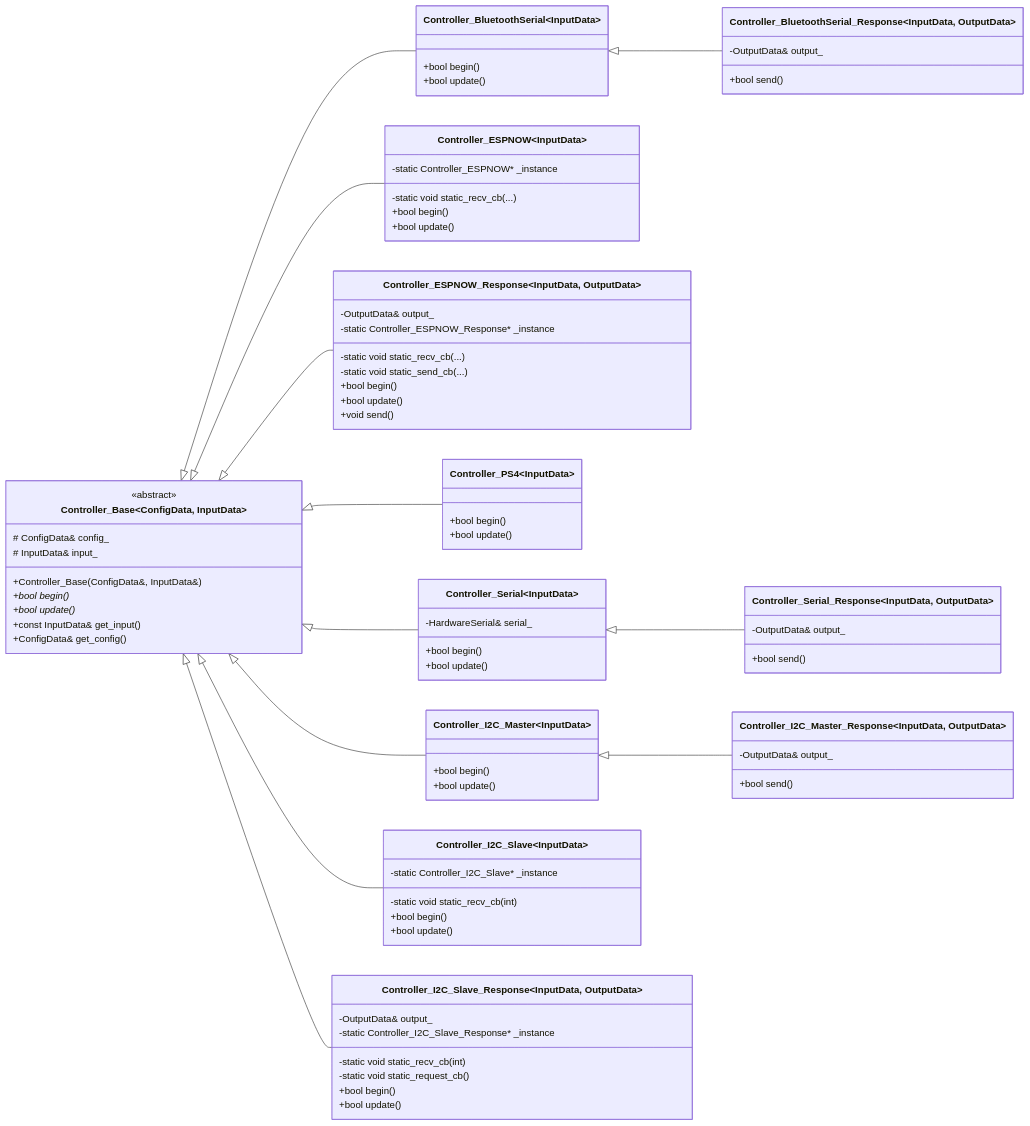
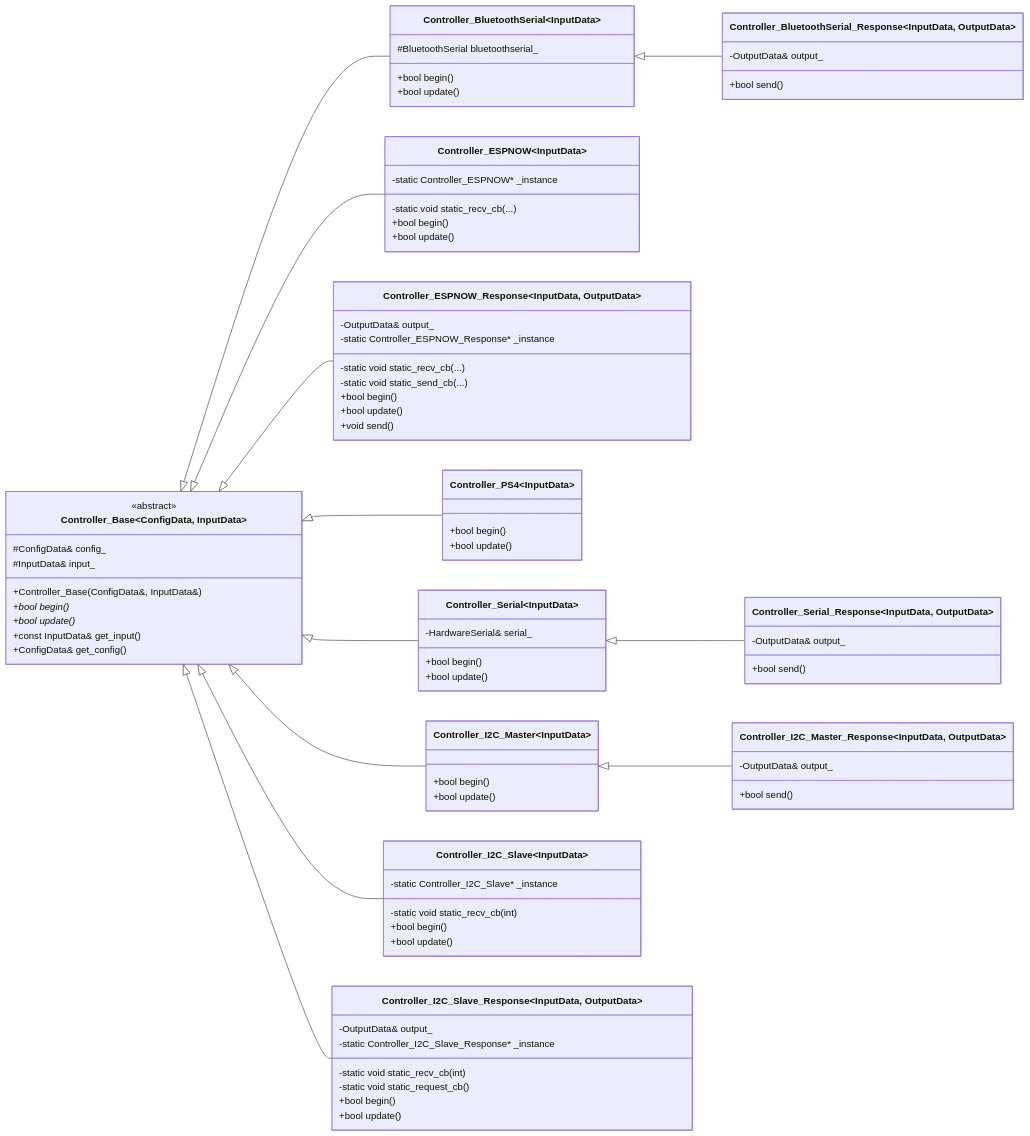
The second of 2 diagrams in README.md (Tomoooji/esp32-controller), drawn with Mermaid before and after one commit. The commit also changed other lines of this file, not shown here.

```diff
--- a/README.md
+++ b/README.md
@@ -118,8 +119,8 @@
 direction LR
     class Controller_Base~ConfigData, InputData~ {
         <<abstract>>
-        # ConfigData& config_
-        # InputData& input_
+        #ConfigData& config_
+        #InputData& input_
         +Controller_Base(ConfigData&, InputData&)
         +bool begin()*
         +bool update()*
@@ -128,6 +129,7 @@
     }
 
     class Controller_BluetoothSerial~InputData~ {
+        #BluetoothSerial bluetoothserial_
         +bool begin()
         +bool update()
     }
```
